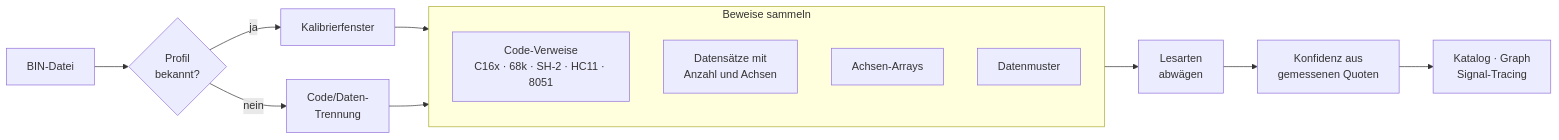
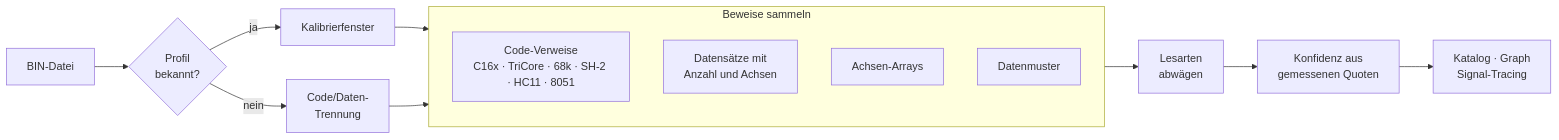
One commit to PCTestAdmin/ECU-Studio-AI changed the diagram in README.md. Above: the diagram before and after it, drawn with Mermaid. The commit also changed other lines of this file, not shown here.

````diff
--- a/README.md
+++ b/README.md
@@ -250,17 +158,17 @@
 ```mermaid
 flowchart LR
     BIN[BIN-Datei] --> P{Profil<br/>bekannt?}
     P -- ja --> W[Kalibrierfenster]
     P -- nein --> M[Code/Daten-<br/>Trennung]
     W --> E
     M --> E
     subgraph E[Beweise sammeln]
-        C[Code-Verweise<br/>C16x · 68k · SH-2 · HC11 · 8051]
+        C[Code-Verweise<br/>C16x · TriCore · 68k · SH-2 · HC11 · 8051]
         H[Datensätze mit<br/>Anzahl und Achsen]
         A[Achsen-Arrays]
         D[Datenmuster]
     end
     E --> R[Lesarten<br/>abwägen]
     R --> K[Konfidenz aus<br/>gemessenen Quoten]
     K --> UI[Katalog · Graph<br/>Signal-Tracing]
 ```
````
